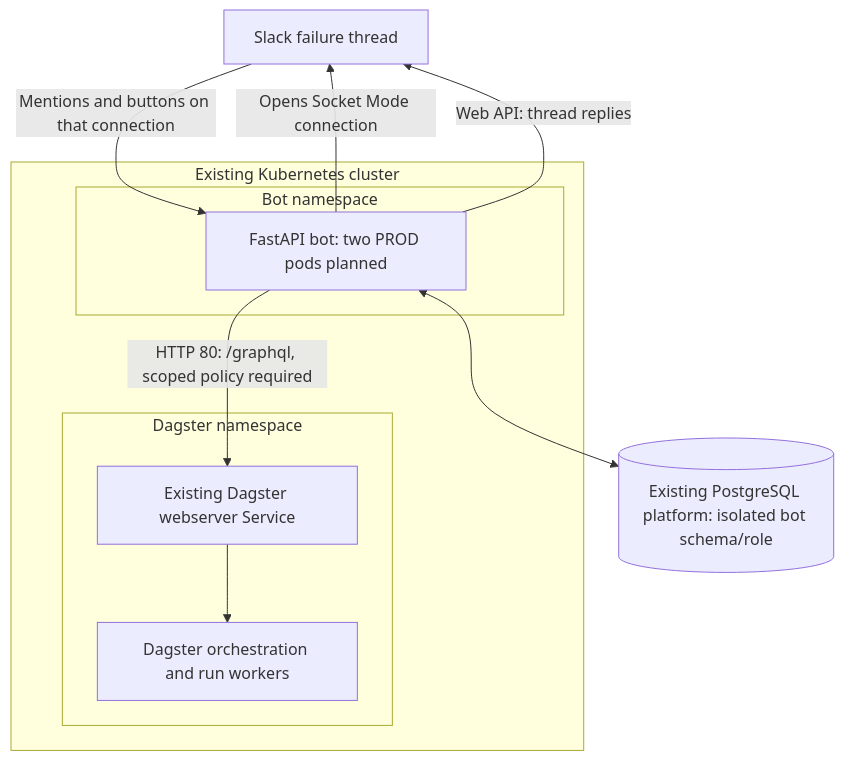
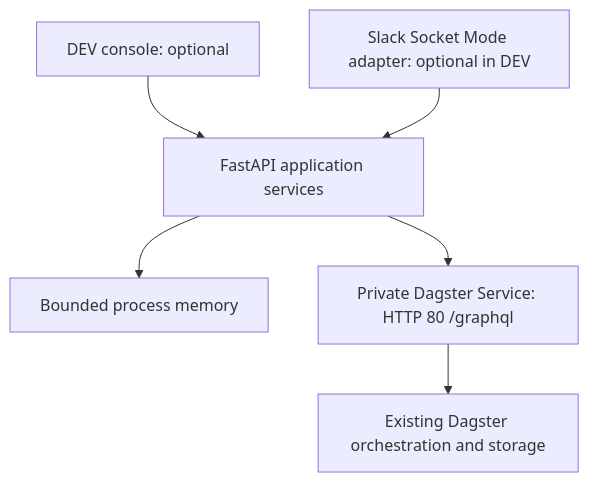
One commit to raiaman15/slackbot changed the diagram in openspec/changes/add-dagster-slackbot/design.md. Above: the diagram before and after it, drawn with Mermaid. The commit also changed other lines of this file and 9 other files, not shown here.

````diff
--- a/openspec/changes/add-dagster-slackbot/design.md
+++ b/openspec/changes/add-dagster-slackbot/design.md
@@ -17,20 +19,8 @@
 ```mermaid
 flowchart TD
-  S["Slack failure thread"]
-  subgraph K["Existing Kubernetes cluster"]
-    subgraph BN["Bot namespace"]
-      B["FastAPI bot: two PROD pods planned"]
-    end
-    subgraph DN["Dagster namespace"]
-      D["Existing Dagster webserver Service"]
-      R["Dagster orchestration and run workers"]
-    end
-    B -->|"HTTP 80: /graphql, scoped policy required"| D
-    D --> R
-  end
-  P[("Existing PostgreSQL platform: isolated bot schema/role")]
-  B -->|"Opens Socket Mode connection"| S
-  S -->|"Mentions and buttons on that connection"| B
-  B -->|"Web API: thread replies"| S
-  B <--> P
+  U["DEV console: optional"] --> A["FastAPI application services"]
+  S["Slack Socket Mode adapter: optional in DEV"] --> A
+  A --> M["Bounded process memory"]
+  A --> D["Private Dagster Service: HTTP 80 /graphql"]
+  D --> R["Existing Dagster orchestration and storage"]
 ```
````
